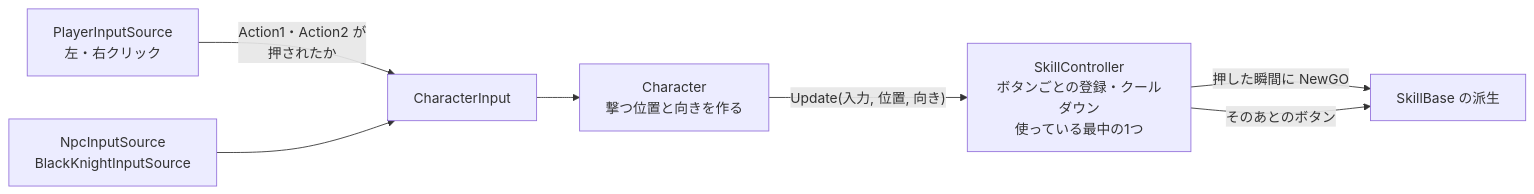
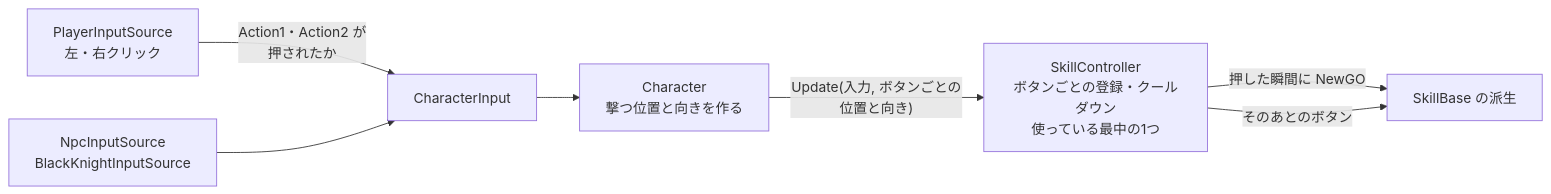
Before and after one commit to hirota-ryuki/Action: the first of 2 diagrams in Action/docs/ゲーム/スキル/スキルの設計.md, drawn with Mermaid. The commit also changed other lines of this file and 4 other files, not shown here.

````diff
--- a/Action/docs/ゲーム/スキル/スキルの設計.md
+++ b/Action/docs/ゲーム/スキル/スキルの設計.md
@@ -19,9 +19,9 @@
 ```mermaid
 flowchart LR
     P[PlayerInputSource<br/>左・右クリック] -->|"Action1・Action2 が<br/>押されたか"| I[CharacterInput]
     A[NpcInputSource<br/>BlackKnightInputSource] --> I
     I --> C["Character<br/>撃つ位置と向きを作る"]
-    C -->|"Update(入力, 位置, 向き)"| S["SkillController<br/>ボタンごとの登録・クールダウン<br/>使っている最中の1つ"]
+    C -->|"Update(入力, ボタンごとの位置と向き)"| S["SkillController<br/>ボタンごとの登録・クールダウン<br/>使っている最中の1つ"]
     S -->|押した瞬間に NewGO| B[SkillBase の派生]
     S -->|そのあとのボタン| B
 ```
````
